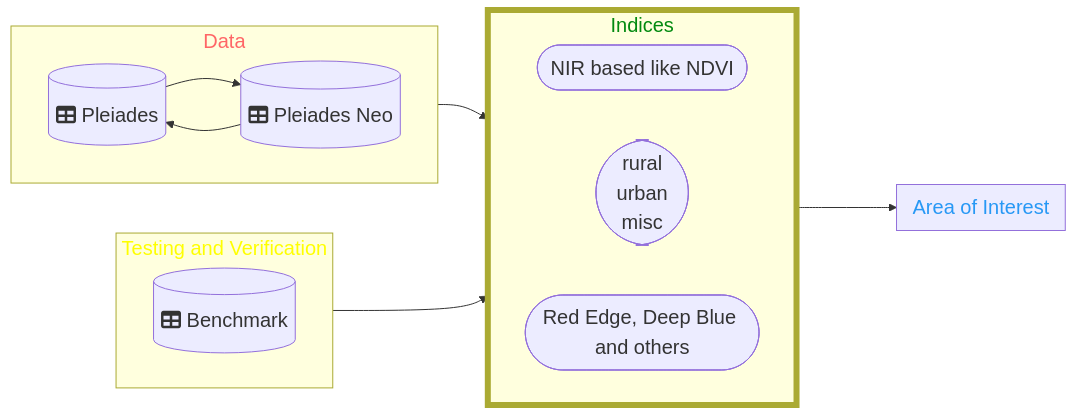
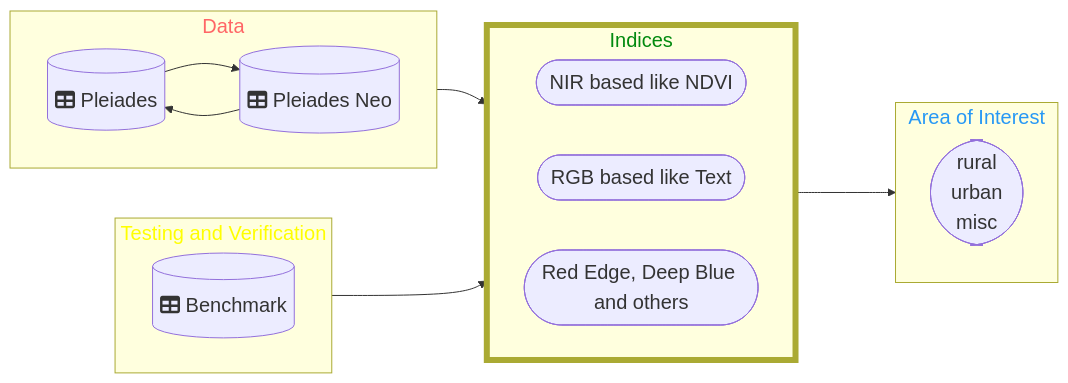
Before and after one commit to DippoldEJ/Feature-Detection-and-Explanation: the diagram in Area-Features/README.md, drawn with Mermaid.

````diff
--- a/Area-Features/README.md
+++ b/Area-Features/README.md
@@ -14,44 +14,44 @@
 ```mermaid
 flowchart LR;
 %%{init: {
 	'themeVariables': { 'fontSize': '20px', 'fontFamily': 'Didot'}
 	}
 }%%
 
  subgraph n[Data]
         direction LR
         h[(fa:fa-table Pleiades)]
         b[(fa:fa-table Pleiades Neo)]
     end
 
  subgraph q[Testing and Verification]
         direction LR
         r[(fa:fa-table Benchmark)]
     end
 
  subgraph o[Indices]
         direction LR
         j([NIR based like NDVI])
-        a([RGB based like Text])
+        c([RGB based like Text])
         m([Red Edge, Deep Blue and others])
     end
 
 subgraph p[Area of Interest]
     a([rural <br /> urban  <br />  misc])
     end
 
 style n color:#f66
 style o stroke-width:6px
 style o color:#028A0F
 style p color:#2798F5
 style q color:#FFFF00
 
 n-->o
 o-->p
 q-->o
 
 
 h-->b
 b-->h
 
 ```
````
